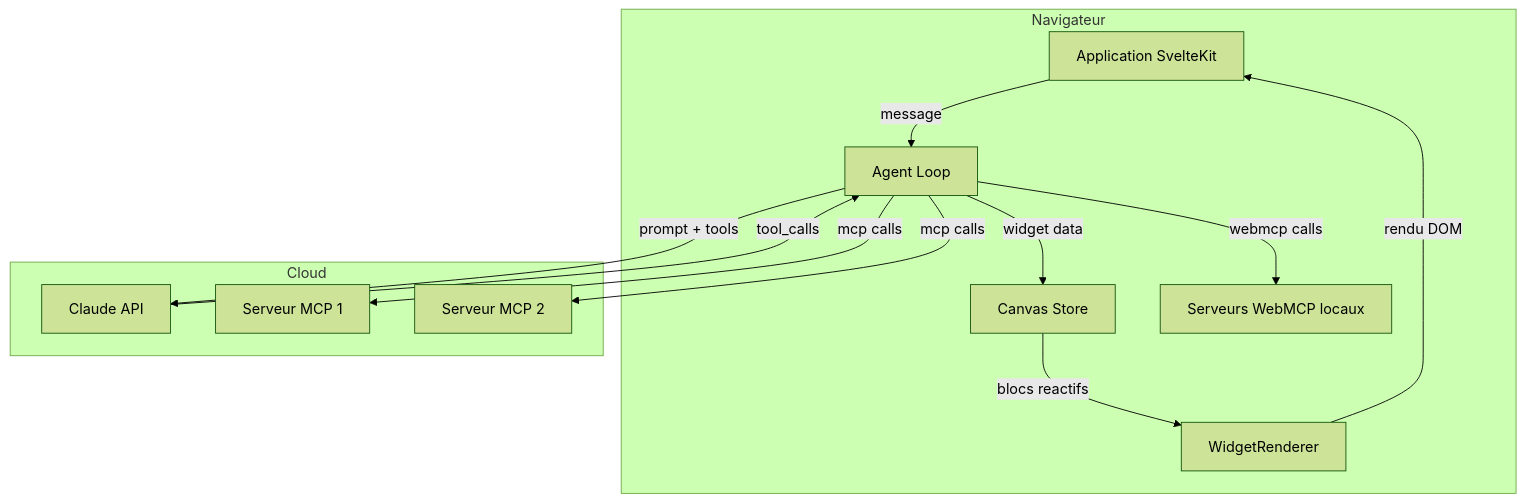
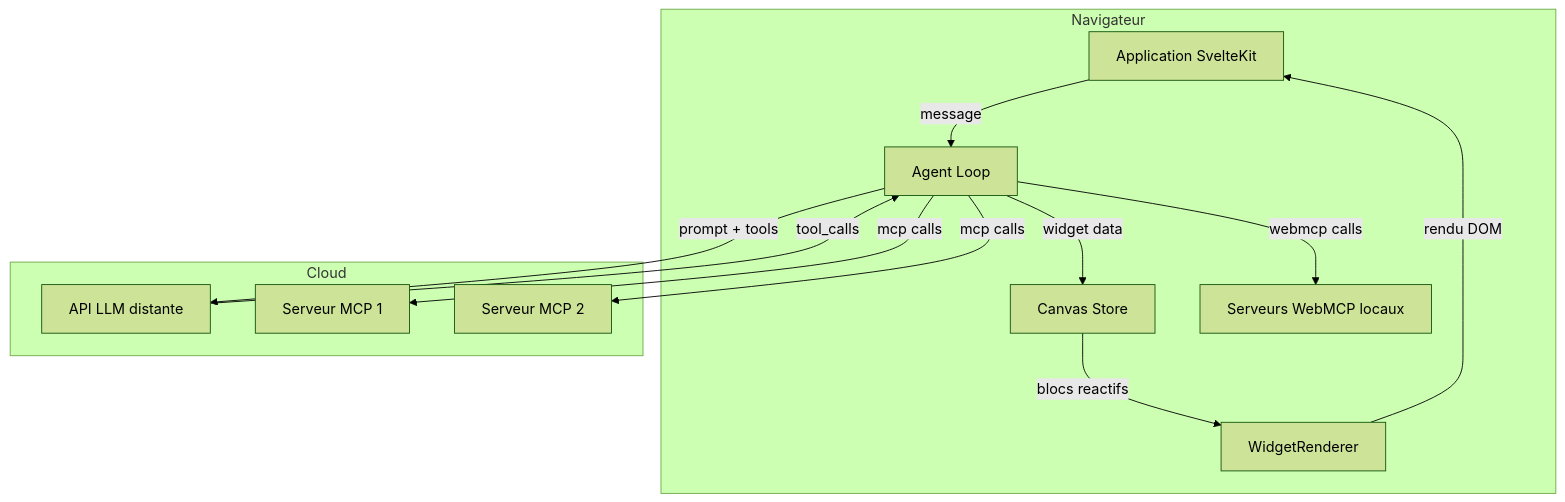
Diagram 11 of 11 in docs-site/src/content/docs/tutorials/architecture-mcp-webmcp.mdx (jeanbaptiste/webmcp-auto-ui), drawn with Mermaid (forest theme) before and after one commit. The commit also changed other lines of this file and 131 other files, not shown here.

````diff
--- a/docs-site/src/content/docs/tutorials/architecture-mcp-webmcp.mdx
+++ b/docs-site/src/content/docs/tutorials/architecture-mcp-webmcp.mdx
@@ -405,26 +405,26 @@
 ```mermaid
 graph TB
     subgraph Navigateur
         App[Application SvelteKit]
         Agent[Agent Loop]
         Canvas[Canvas Store]
         Widgets[WidgetRenderer]
         WebMCPs[Serveurs WebMCP locaux]
     end
 
     subgraph Cloud
-        Claude[Claude API]
+        LLMApi[API LLM distante]
         MCP1[Serveur MCP 1]
         MCP2[Serveur MCP 2]
     end
 
     App -->|message| Agent
-    Agent -->|prompt + tools| Claude
-    Claude -->|tool_calls| Agent
+    Agent -->|prompt + tools| LLMApi
+    LLMApi -->|tool_calls| Agent
     Agent -->|mcp calls| MCP1
     Agent -->|mcp calls| MCP2
     Agent -->|webmcp calls| WebMCPs
     Agent -->|widget data| Canvas
     Canvas -->|blocs reactifs| Widgets
     Widgets -->|rendu DOM| App
 ```
````
